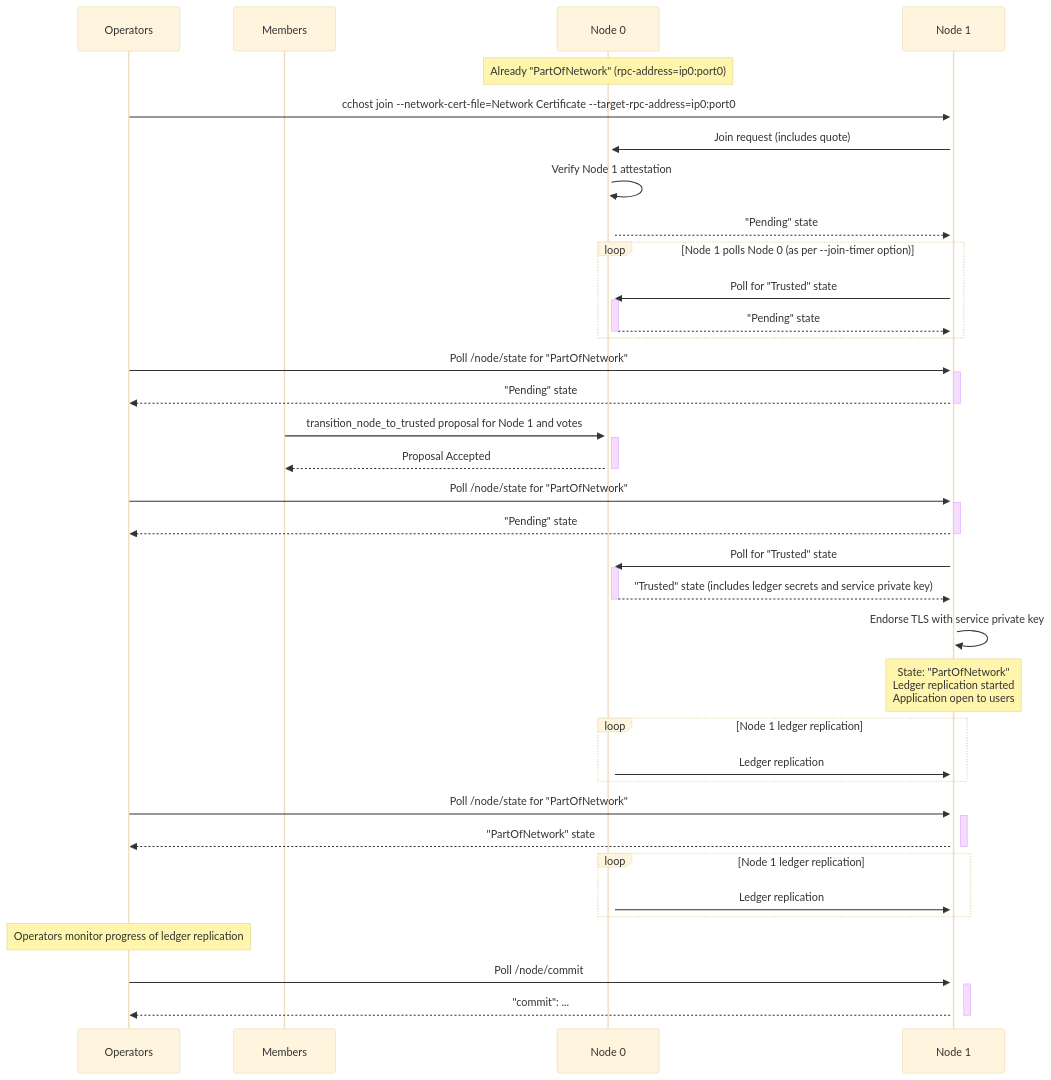
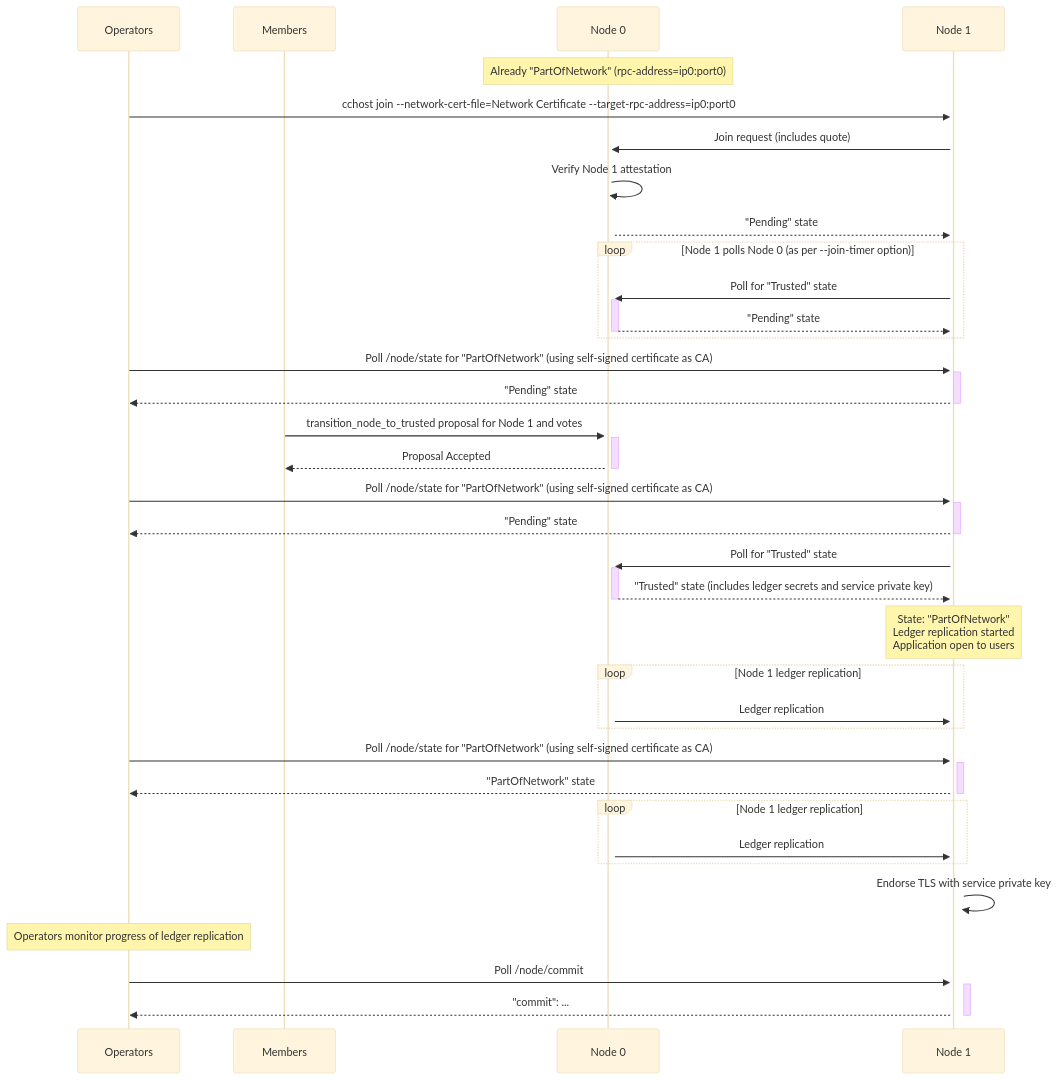
Before and after one commit to microsoft/CCF: the diagram in doc/operations/start_network.rst, drawn with Mermaid (base theme). The commit also changed other lines of this file, not shown here.

```diff
--- a/doc/operations/start_network.rst
+++ b/doc/operations/start_network.rst
@@ -85,51 +85,51 @@
 .. mermaid::
 
     sequenceDiagram
         participant Operators
         participant Members
         participant Node 0
         participant Node 1
 
         Note over Node 0: Already "PartOfNetwork" (rpc-address=ip0:port0)
 
         Operators->>+Node 1: cchost join --network-cert-file=Network Certificate --target-rpc-address=ip0:port0
 
         Node 1->>+Node 0: Join request (includes quote)
         Node 0->>+Node 0: Verify Node 1 attestation
         Node 0-->>Node 1: "Pending" state
 
         loop Node 1 polls Node 0 (as per --join-timer option)
             Node 1->>+Node 0: Poll for "Trusted" state
             Node 0-->>-Node 1: "Pending" state
         end
 
-        Operators->>+Node 1: Poll /node/state for "PartOfNetwork"
+        Operators->>+Node 1: Poll /node/state for "PartOfNetwork" (using self-signed certificate as CA)
         Node 1-->>-Operators: "Pending" state
 
         Members->>+Node 0: transition_node_to_trusted proposal for Node 1 and votes
         Node 0-->>-Members: Proposal Accepted
 
-        Operators->>+Node 1: Poll /node/state for "PartOfNetwork"
+        Operators->>+Node 1: Poll /node/state for "PartOfNetwork" (using self-signed certificate as CA)
         Node 1-->>-Operators: "Pending" state
 
         Node 1->>+Node 0: Poll for "Trusted" state
         Node 0-->>-Node 1: "Trusted" state (includes ledger secrets and service private key)
-
-        Node 1->>+Node 1: Endorse TLS with service private key
 
         Note over Node 1: State: "PartOfNetwork" <br/> Ledger replication started <br/> Application open to users
 
         loop Node 1 ledger replication
             Node 0->>+Node 1: Ledger replication
         end
 
-        Operators->>+Node 1: Poll /node/state for "PartOfNetwork"
+        Operators->>+Node 1: Poll /node/state for "PartOfNetwork" (using self-signed certificate as CA)
         Node 1-->>-Operators: "PartOfNetwork" state
 
         loop Node 1 ledger replication
             Node 0->>+Node 1: Ledger replication
         end
 
+        Node 1->>+Node 1: Endorse TLS with service private key
+
         Note over Operators: Operators monitor progress of ledger replication
         Operators->>+Node 1: Poll /node/commit
         Node 1-->>-Operators: "commit": ...
```
